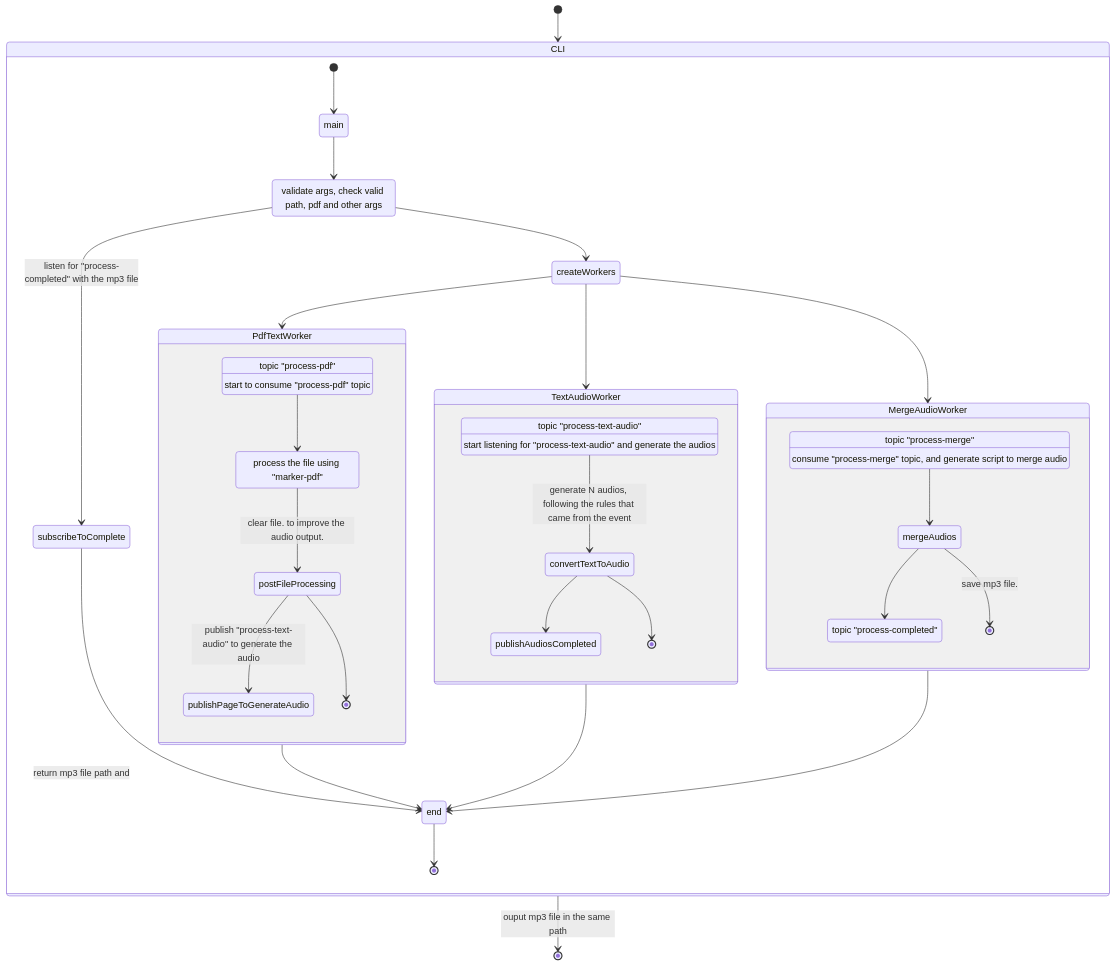
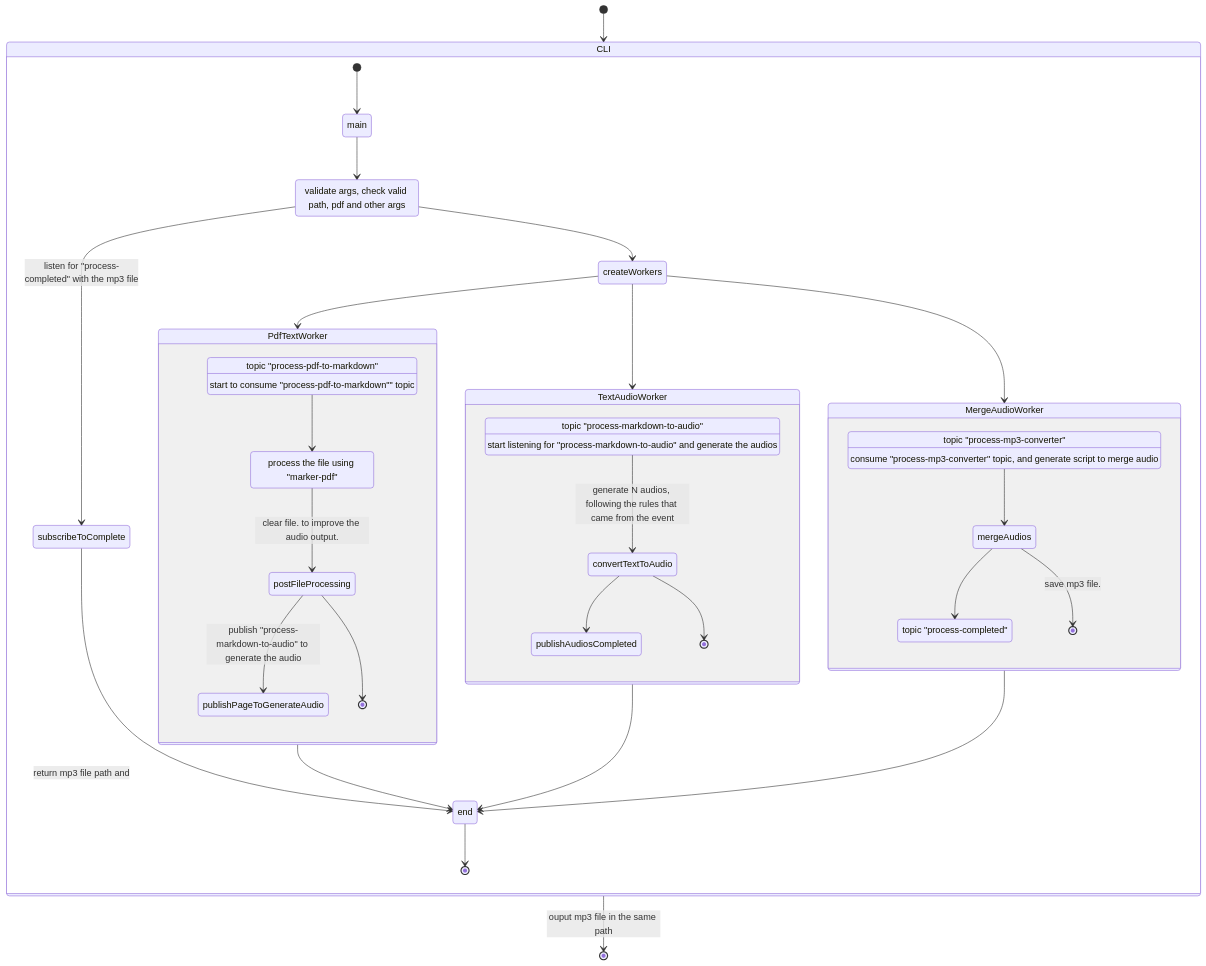
Before and after one commit to paolinos/pdf-to-audiobook: the third of 3 diagrams in README.md, drawn with Mermaid. The commit also changed other lines of this file, not shown here.

Commit message:
docs: update readme with new worker names and also mentioned the CUDA issue

````diff
--- a/README.md
+++ b/README.md
@@ -199,52 +199,52 @@
 ```mermaid
 stateDiagram
     %% App run
     [*] --> CLI
     state CLI {
         validateArgs: validate args, check valid path, pdf and other args
-        topicProcessPdf: topic "process-pdf"
-        topicProcessText: topic "process-text-audio"
-        topicProcessMerge: topic "process-merge"
+        topicProcessPdf: topic "process-pdf-to-markdown"
+        topicProcessText: topic "process-markdown-to-audio"
+        topicProcessMerge: topic "process-mp3-converter"
         topicProcessCompleted: topic "process-completed"
 
         [*] --> main
         main --> validateArgs
         validateArgs --> createWorkers
         createWorkers --> PdfTextWorker 
         createWorkers --> TextAudioWorker
         createWorkers --> MergeAudioWorker
         validateArgs --> subscribeToComplete : listen for "process-completed" with the mp3 file
 
         state PdfTextWorker {
             processFile: process the file using "marker-pdf"
 
-            topicProcessPdf : start to consume "process-pdf" topic   
+            topicProcessPdf : start to consume "process-pdf-to-markdown"" topic   
             topicProcessPdf --> processFile
             processFile --> postFileProcessing: clear file. to improve the audio output.
-            postFileProcessing --> publishPageToGenerateAudio: publish "process-text-audio" to generate the audio
+            postFileProcessing --> publishPageToGenerateAudio: publish "process-markdown-to-audio" to generate the audio
             postFileProcessing --> [*]
         }
 
         state TextAudioWorker {
-            topicProcessText: start listening for "process-text-audio" and generate the audios
+            topicProcessText: start listening for "process-markdown-to-audio" and generate the audios
             topicProcessText --> convertTextToAudio: generate N audios, following the rules that came from the event
             convertTextToAudio --> publishAudiosCompleted
             convertTextToAudio --> [*]
         }
 
         state MergeAudioWorker {
             
             topicProcessMerge --> mergeAudios
-            topicProcessMerge: consume "process-merge" topic, and generate script to merge audio
+            topicProcessMerge: consume "process-mp3-converter" topic, and generate script to merge audio
             mergeAudios --> topicProcessCompleted
             mergeAudios --> [*] : save mp3 file. 
         }
 
         PdfTextWorker --> end  
         TextAudioWorker --> end 
         MergeAudioWorker --> end
         subscribeToComplete --> end: return mp3 file path and 
         end --> [*]
     }
     CLI --> [*]: ouput mp3 file in the same path
 ```
````
